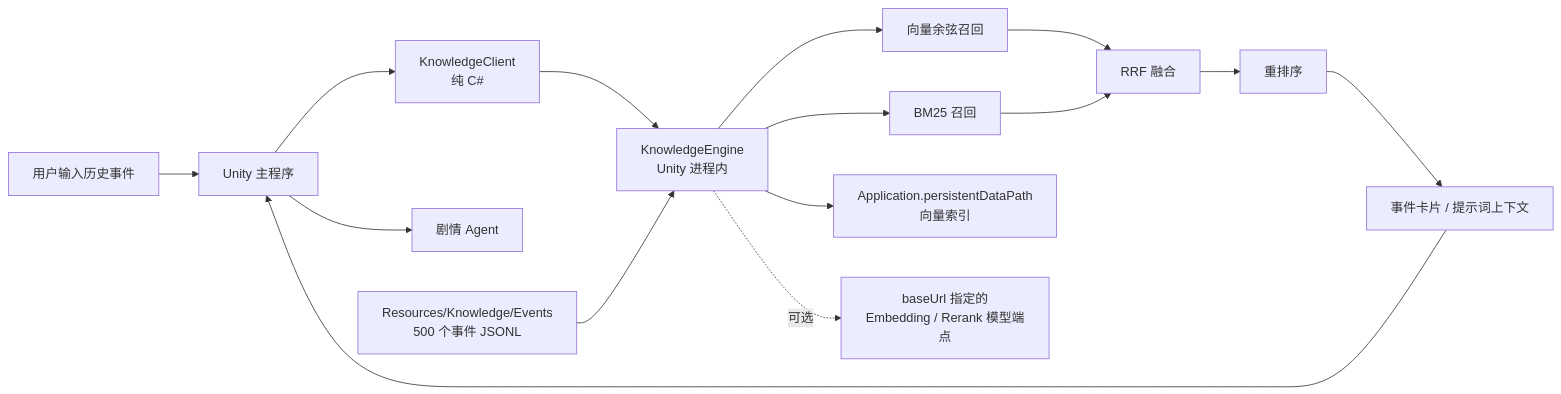
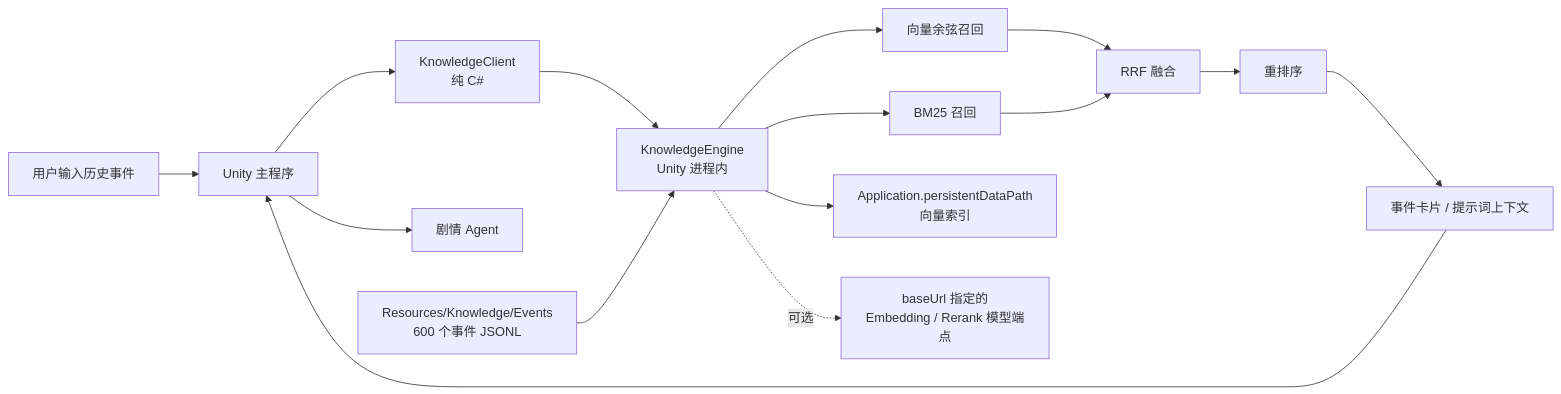
Before and after one commit to xinghuocode/epicspark: the diagram in Docs/KnowledgeRAG.md, drawn with Mermaid. The commit also changed other lines of this file and 9 other files, not shown here.

````diff
--- a/Docs/KnowledgeRAG.md
+++ b/Docs/KnowledgeRAG.md
@@ -8,17 +8,17 @@
 ```mermaid
 flowchart LR
     U[用户输入历史事件] --> S[Unity 主程序]
     S --> C[KnowledgeClient<br/>纯 C#]
     C --> E[KnowledgeEngine<br/>Unity 进程内]
     E --> R1[向量余弦召回]
     E --> R2[BM25 召回]
     R1 --> F[RRF 融合]
     R2 --> F
     F --> RR[重排序]
     RR --> CX[事件卡片 / 提示词上下文]
     CX --> S
     S --> A[剧情 Agent]
-    D[Resources/Knowledge/Events<br/>500 个事件 JSONL] --> E
+    D[Resources/Knowledge/Events<br/>600 个事件 JSONL] --> E
     E --> IDX[Application.persistentDataPath<br/>向量索引]
     E -.可选.-> M[baseUrl 指定的<br/>Embedding / Rerank 模型端点]
 ```
````
